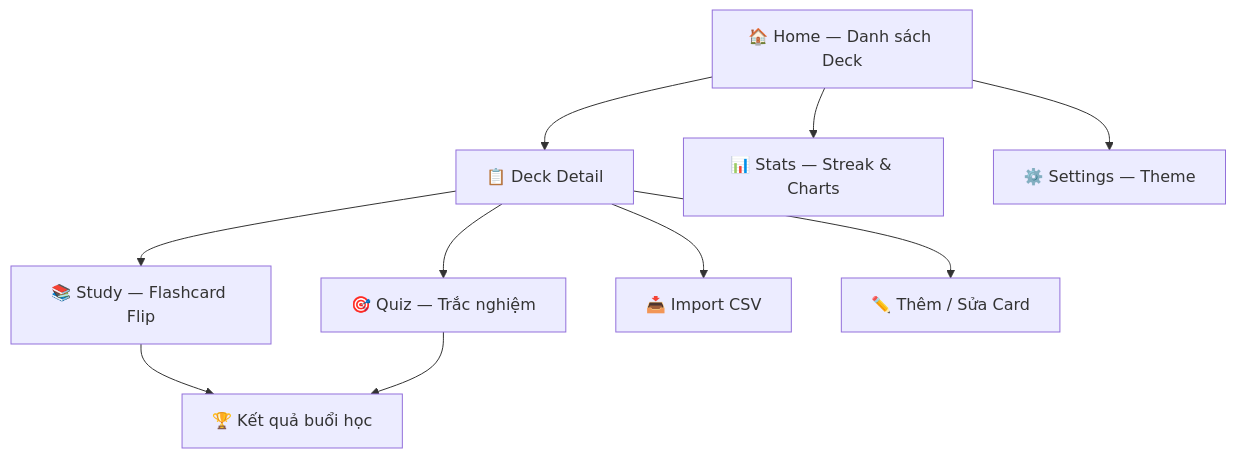
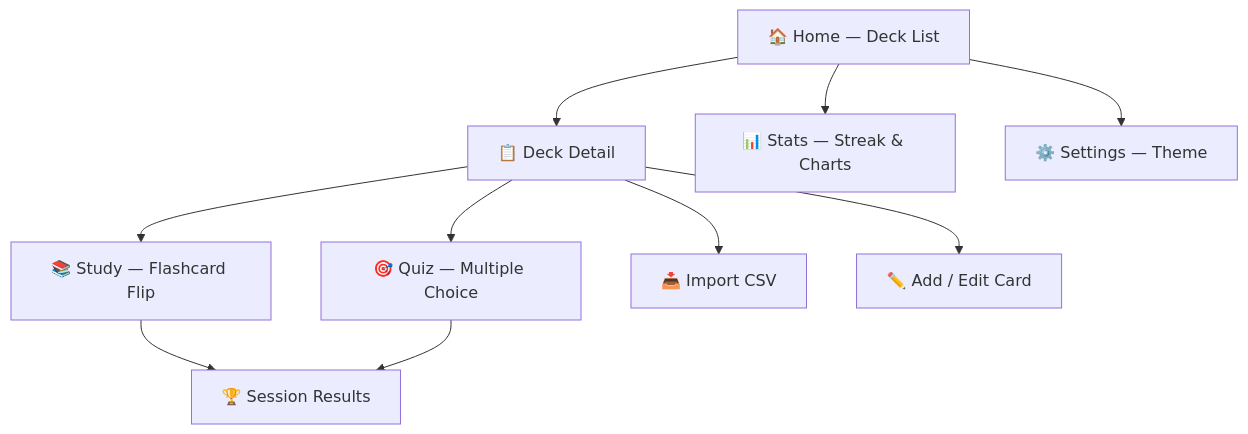
One commit to githubuser2777/ZenFlashCard changed the first of 2 diagrams in README.md. Above: the diagram before and after it, drawn with Mermaid. The commit also changed other lines of this file and 7 other files, not shown here.

````diff
--- a/README.md
+++ b/README.md
@@ -109,12 +109,12 @@
 ```mermaid
 flowchart TD
-    A["🏠 Home — Danh sách Deck"] --> B["📋 Deck Detail"]
+    A["🏠 Home — Deck List"] --> B["📋 Deck Detail"]
     B --> C["📚 Study — Flashcard Flip"]
-    B --> D["🎯 Quiz — Trắc nghiệm"]
+    B --> D["🎯 Quiz — Multiple Choice"]
     B --> E["📥 Import CSV"]
-    B --> F["✏️ Thêm / Sửa Card"]
+    B --> F["✏️ Add / Edit Card"]
     A --> G["📊 Stats — Streak & Charts"]
     A --> H["⚙️ Settings — Theme"]
-    C --> I["🏆 Kết quả buổi học"]
+    C --> I["🏆 Session Results"]
     D --> I
 ```
````
